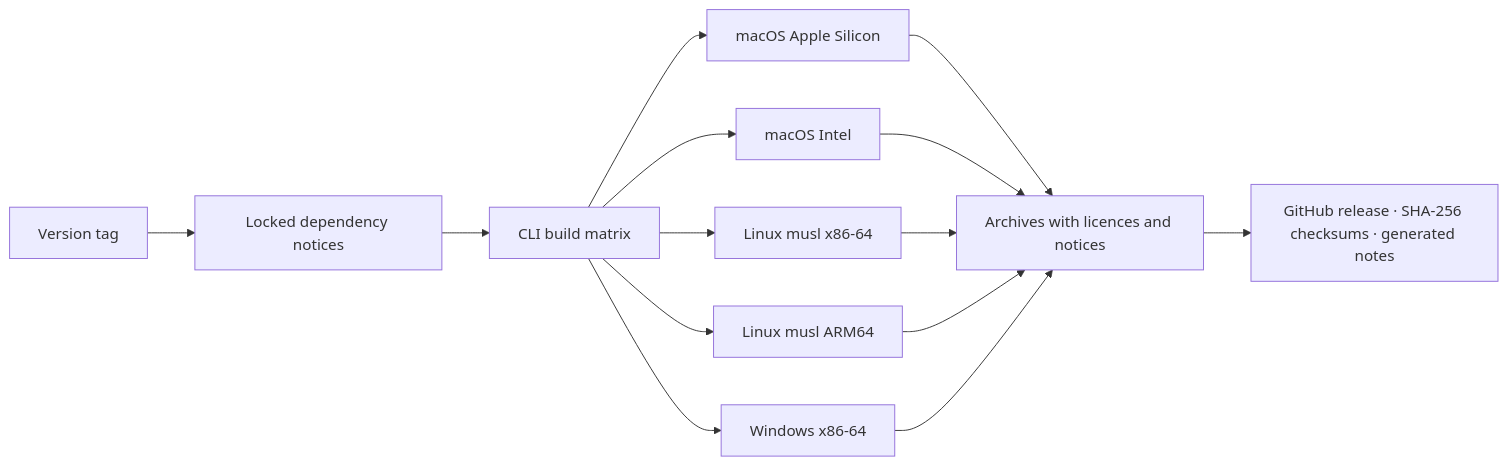
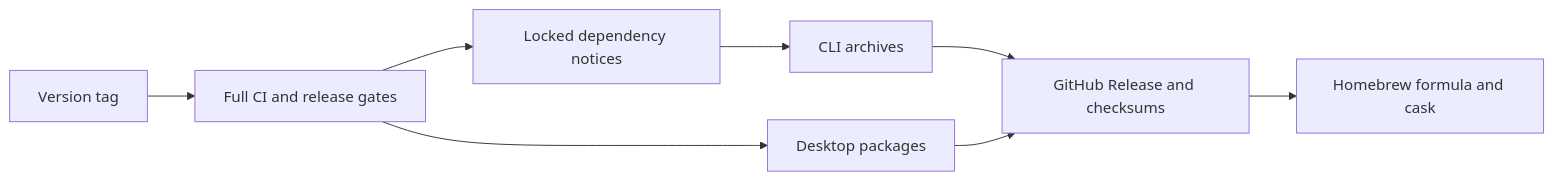
Before and after one commit to russmckendrick/azdocs: the diagram in docs/development/releasing.md, drawn with Mermaid. The commit also changed other lines of this file and 12 other files, not shown here.

Commit message:
Add desktop and Homebrew release pipeline

````diff
--- a/docs/development/releasing.md
+++ b/docs/development/releasing.md
@@ -59,12 +10,9 @@
 ```mermaid
 flowchart LR
-    tag[Version tag] --> notices[Locked dependency notices]
-    notices --> build[CLI build matrix]
-    build --> mac1[macOS Apple Silicon]
-    build --> mac2[macOS Intel]
-    build --> lin1[Linux musl x86-64]
-    build --> lin2[Linux musl ARM64]
-    build --> win[Windows x86-64]
-    mac1 & mac2 & lin1 & lin2 & win --> package[Archives with licences and notices]
-    package --> release[GitHub release · SHA-256 checksums · generated notes]
+    tag[Version tag] --> checks[Full CI and release gates]
+    checks --> notices[Locked dependency notices]
+    notices --> cli[CLI archives]
+    checks --> desktop[Desktop packages]
+    cli & desktop --> release[GitHub Release and checksums]
+    release --> tap[Homebrew formula and cask]
 ```
````
